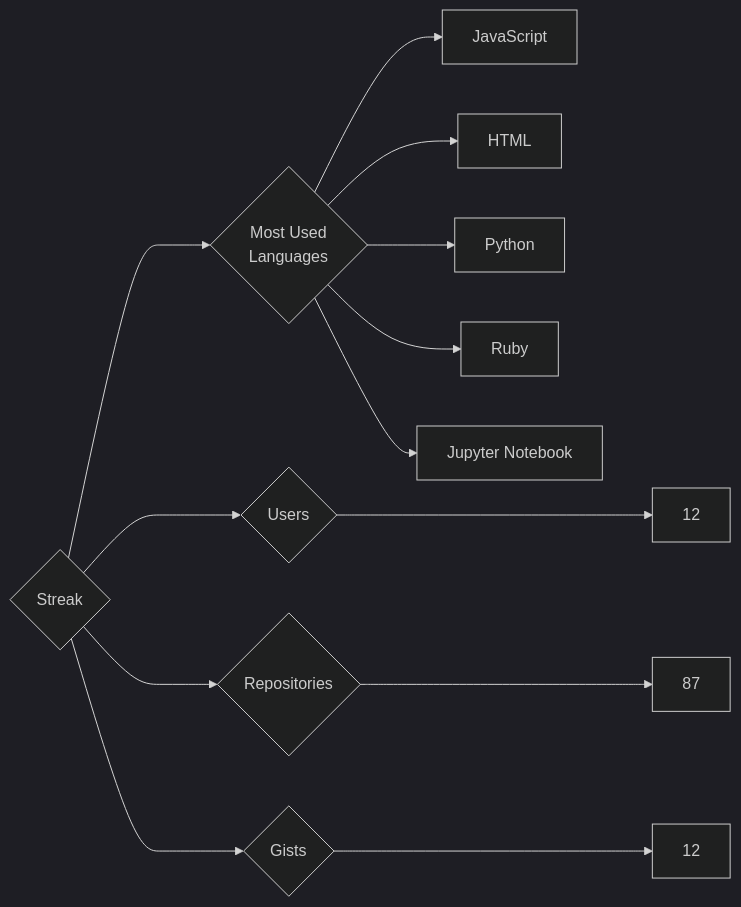
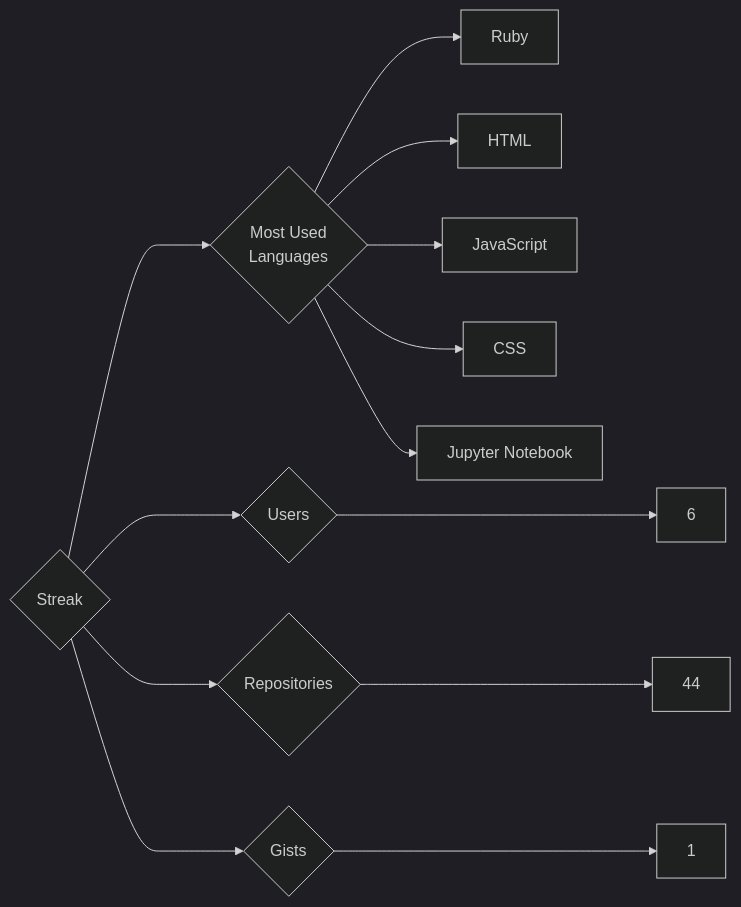
Before and after one commit to trickest/insiders: the diagram in targets/Streak/README.md, drawn with Mermaid (dark theme). The commit also changed 677 other files, not shown here.

````diff
--- a/targets/Streak/README.md
+++ b/targets/Streak/README.md
@@ -3,13 +3,13 @@
 ```mermaid
 graph LR
 COMPANY_NAME{Streak}
-COMPANY_NAME ---> U{Users} ---> UN[12]
-COMPANY_NAME ---> R{Repositories} ---> RN[87]
-COMPANY_NAME ---> G{Gists} ---> GN[12]
+COMPANY_NAME ---> U{Users} ---> UN[6]
+COMPANY_NAME ---> R{Repositories} ---> RN[44]
+COMPANY_NAME ---> G{Gists} ---> GN[1]
 COMPANY_NAME ---> ML{Most Used<br>Languages}
+ML --> Ruby[Ruby]
+ML --> HTML[HTML]
 ML --> JavaScript[JavaScript]
-ML --> HTML[HTML]
-ML --> Python[Python]
-ML --> Ruby[Ruby]
+ML --> CSS[CSS]
 ML --> Jupyter_Notebook[Jupyter Notebook]
 ```
````
